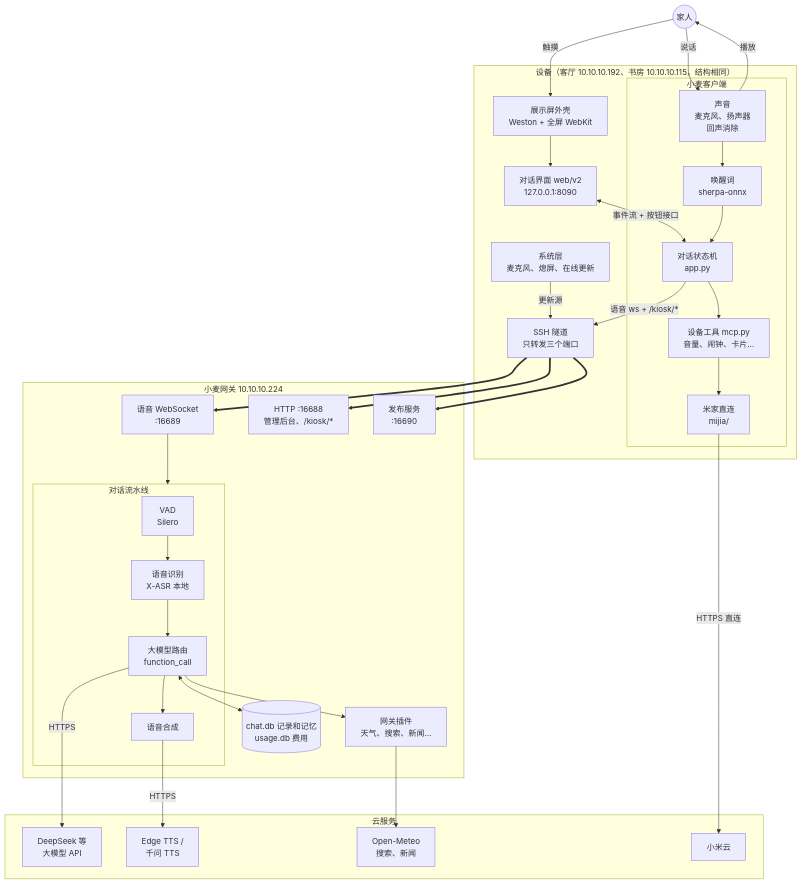
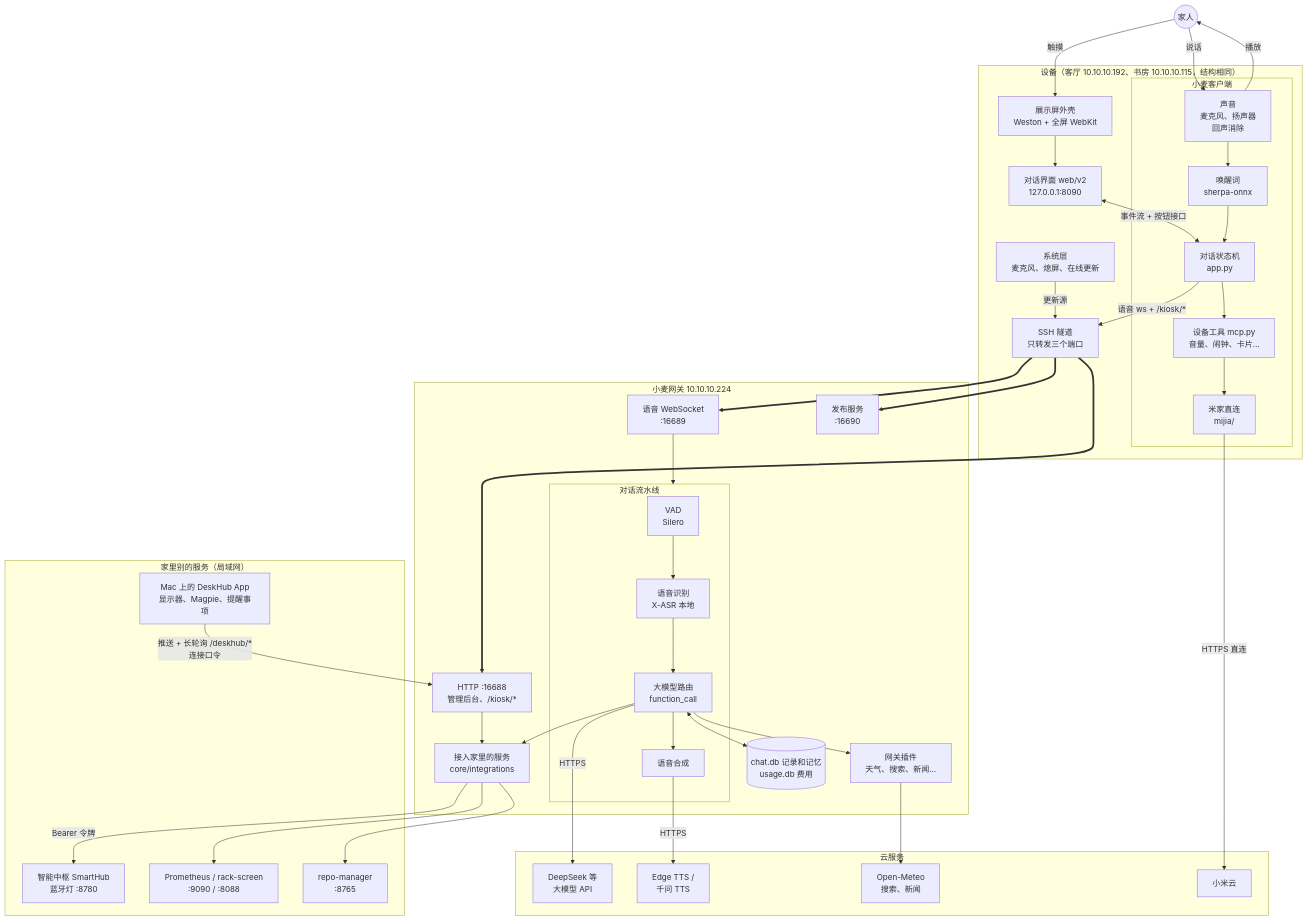
One commit to aimuch/ThinkSmartView changed the first of 10 diagrams in docs/architecture.md. Above: the diagram before and after it, drawn with Mermaid. The commit also changed other lines of this file and 1 other file, not shown here.

Commit message:
文档：工作台和四个接入（智能中枢、机柜、仓库同步、DeskHub）

````diff
--- a/docs/architecture.md
+++ b/docs/architecture.md
@@ -9,52 +9,65 @@
 ```mermaid
 flowchart TB
   user(("家人"))
 
   subgraph dev["设备（客厅 10.10.10.192、书房 10.10.10.115，结构相同）"]
     shell["展示屏外壳<br/>Weston + 全屏 WebKit"]
     ui["对话界面 web/v2<br/>127.0.0.1:8090"]
     subgraph client["小麦客户端"]
       audio["声音<br/>麦克风、扬声器<br/>回声消除"]
       kws["唤醒词<br/>sherpa-onnx"]
       core["对话状态机<br/>app.py"]
       tools["设备工具 mcp.py<br/>音量、闹钟、卡片…"]
       mijia["米家直连<br/>mijia/"]
     end
     sys["系统层<br/>麦克风、熄屏、在线更新"]
     tunnel["SSH 隧道<br/>只转发三个端口"]
   end
 
   subgraph hub["小麦网关 10.10.10.224"]
     ws["语音 WebSocket<br/>:16689"]
     http["HTTP :16688<br/>管理后台、/kiosk/*"]
     rel["发布服务<br/>:16690"]
     subgraph pipe["对话流水线"]
       vad["VAD<br/>Silero"] --> asr["语音识别<br/>X-ASR 本地"] --> llm["大模型路由<br/>function_call"] --> tts["语音合成"]
     end
     plugins["网关插件<br/>天气、搜索、新闻…"]
+    integ["接入家里的服务<br/>core/integrations"]
     db[("chat.db 记录和记忆<br/>usage.db 费用")]
+  end
+
+  subgraph lan["家里别的服务（局域网）"]
+    smarthub["智能中枢 SmartHub<br/>蓝牙灯 :8780"]
+    prom["Prometheus / rack-screen<br/>:9090 / :8088"]
+    repomgr["repo-manager<br/>:8765"]
+    deskhub["Mac 上的 DeskHub App<br/>显示器、Magpie、提醒事项"]
   end
 
   subgraph cloud["云服务"]
     deepseek["DeepSeek 等<br/>大模型 API"]
     ttsc["Edge TTS /<br/>千问 TTS"]
     meteo["Open-Meteo<br/>搜索、新闻"]
     mi["小米云"]
   end
 
   user -- 说话 --> audio
   audio -- 播放 --> user
   user -- 触摸 --> shell --> ui
   ui <-- "事件流 + 按钮接口" --> core
   audio --> kws --> core
   core --> tools --> mijia
   core -- "语音 ws + /kiosk/*" --> tunnel
   sys -- 更新源 --> tunnel
   tunnel ==> ws & http & rel
   ws --> pipe
   llm <--> db
   llm --> plugins --> meteo
+  llm --> integ
+  http --> integ
+  integ -- "Bearer 令牌" --> smarthub
+  integ --> prom & repomgr
+  deskhub -- "推送 + 长轮询 /deskhub/*<br/>连接口令" --> http
   llm -- HTTPS --> deepseek
   tts -- HTTPS --> ttsc
   mijia -- HTTPS 直连 --> mi
 ```
````
